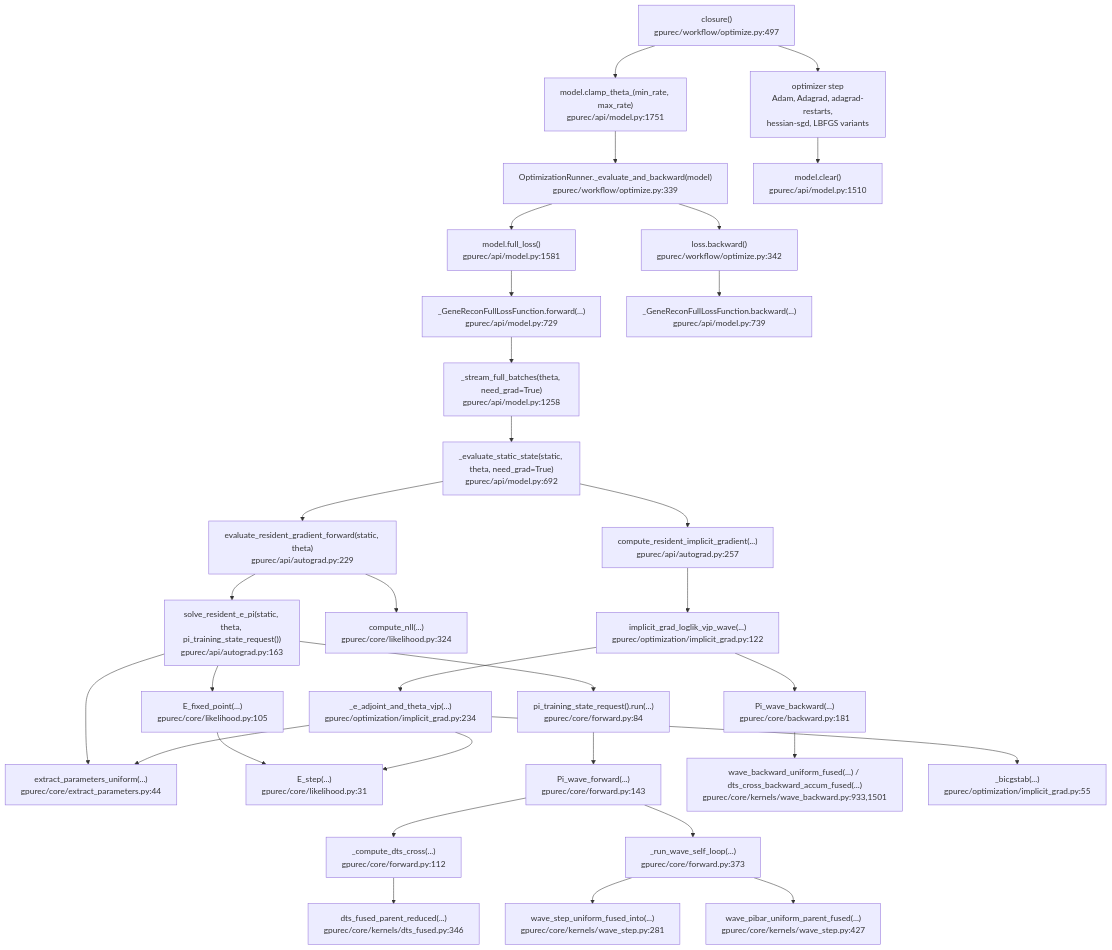
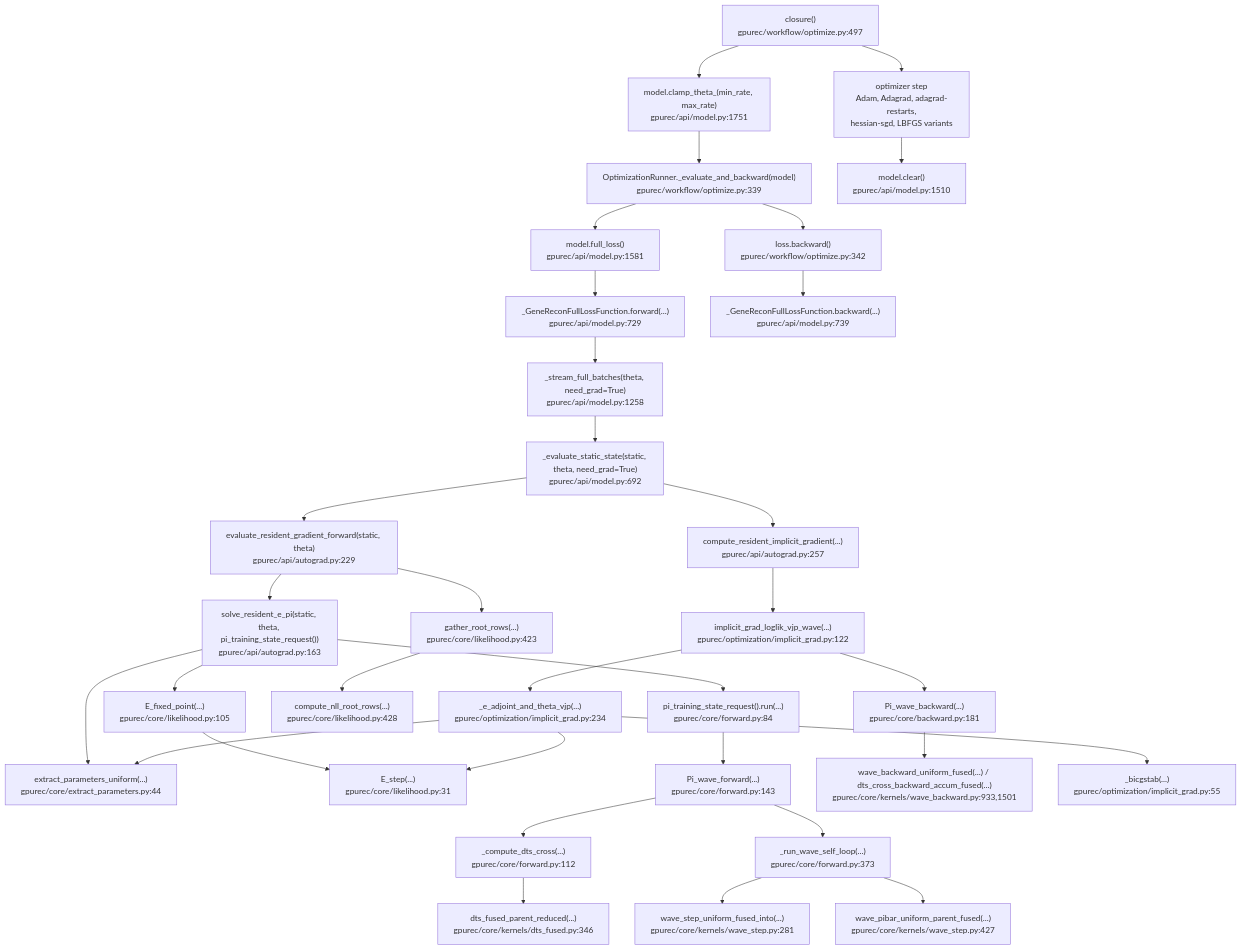
Before and after one commit to SisyphusMountain/gpurec: the second of 3 diagrams in docs/optimization-workflow-call-graph.md, drawn with Mermaid. The commit also changed 10 other files, not shown here.

Commit message:
Centralize root row gathering for NLL

````diff
--- a/docs/optimization-workflow-call-graph.md
+++ b/docs/optimization-workflow-call-graph.md
@@ -90,52 +90,53 @@
 ```mermaid
 flowchart TD
   Closure["closure()<br/>gpurec/workflow/optimize.py:497"]
   ClampBefore["model.clamp_theta_(min_rate, max_rate)<br/>gpurec/api/model.py:1751"]
   EvalBackward["OptimizationRunner._evaluate_and_backward(model)<br/>gpurec/workflow/optimize.py:339"]
   FullLoss["model.full_loss()<br/>gpurec/api/model.py:1581"]
   FullLossFn["_GeneReconFullLossFunction.forward(...)<br/>gpurec/api/model.py:729"]
   Stream["_stream_full_batches(theta, need_grad=True)<br/>gpurec/api/model.py:1258"]
   EvalStatic["_evaluate_static_state(static, theta, need_grad=True)<br/>gpurec/api/model.py:692"]
   ForwardSolve["evaluate_resident_gradient_forward(static, theta)<br/>gpurec/api/autograd.py:229"]
   SolveEPi["solve_resident_e_pi(static, theta, pi_training_state_request())<br/>gpurec/api/autograd.py:163"]
   Extract["extract_parameters_uniform(...)<br/>gpurec/core/extract_parameters.py:44"]
   EFixed["E_fixed_point(...)<br/>gpurec/core/likelihood.py:105"]
   EStep["E_step(...)<br/>gpurec/core/likelihood.py:31"]
   PiRequest["pi_training_state_request().run(...)<br/>gpurec/core/forward.py:84"]
   PiForward["Pi_wave_forward(...)<br/>gpurec/core/forward.py:143"]
   DTS["_compute_dts_cross(...)<br/>gpurec/core/forward.py:112"]
   DTSKernel["dts_fused_parent_reduced(...)<br/>gpurec/core/kernels/dts_fused.py:346"]
   SelfLoop["_run_wave_self_loop(...)<br/>gpurec/core/forward.py:373"]
   WaveStep["wave_step_uniform_fused_into(...)<br/>gpurec/core/kernels/wave_step.py:281"]
   Pibar["wave_pibar_uniform_parent_fused(...)<br/>gpurec/core/kernels/wave_step.py:427"]
-  NLL["compute_nll(...)<br/>gpurec/core/likelihood.py:324"]
+  GatherRoots["gather_root_rows(...)<br/>gpurec/core/likelihood.py:423"]
+  NLL["compute_nll_root_rows(...)<br/>gpurec/core/likelihood.py:428"]
 
   Implicit["compute_resident_implicit_gradient(...)<br/>gpurec/api/autograd.py:257"]
   VJP["implicit_grad_loglik_vjp_wave(...)<br/>gpurec/optimization/implicit_grad.py:122"]
   PiBackward["Pi_wave_backward(...)<br/>gpurec/core/backward.py:181"]
   BackwardKernels["wave_backward_uniform_fused(...) / dts_cross_backward_accum_fused(...)<br/>gpurec/core/kernels/wave_backward.py:933,1501"]
   EAdjoint["_e_adjoint_and_theta_vjp(...)<br/>gpurec/optimization/implicit_grad.py:234"]
   Bicgstab["_bicgstab(...)<br/>gpurec/optimization/implicit_grad.py:55"]
   LossBackward["loss.backward()<br/>gpurec/workflow/optimize.py:342"]
   FullLossFnBackward["_GeneReconFullLossFunction.backward(...)<br/>gpurec/api/model.py:739"]
   OptimizerStep["optimizer step<br/>Adam, Adagrad, adagrad-restarts,<br/>hessian-sgd, LBFGS variants"]
   Clear["model.clear()<br/>gpurec/api/model.py:1510"]
 
   Closure --> ClampBefore --> EvalBackward --> FullLoss --> FullLossFn --> Stream --> EvalStatic
   EvalStatic --> ForwardSolve --> SolveEPi
   SolveEPi --> Extract
   SolveEPi --> EFixed --> EStep
   SolveEPi --> PiRequest --> PiForward
   PiForward --> DTS --> DTSKernel
   PiForward --> SelfLoop --> WaveStep
   SelfLoop --> Pibar
-  ForwardSolve --> NLL
+  ForwardSolve --> GatherRoots --> NLL
   EvalStatic --> Implicit --> VJP
   VJP --> PiBackward --> BackwardKernels
   VJP --> EAdjoint
   EAdjoint --> Bicgstab
   EAdjoint --> EStep
   EAdjoint --> Extract
   EvalBackward --> LossBackward --> FullLossFnBackward
   Closure --> OptimizerStep --> Clear
 ```
````
